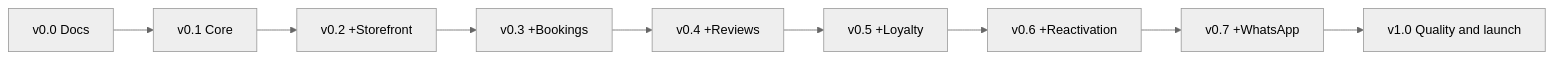
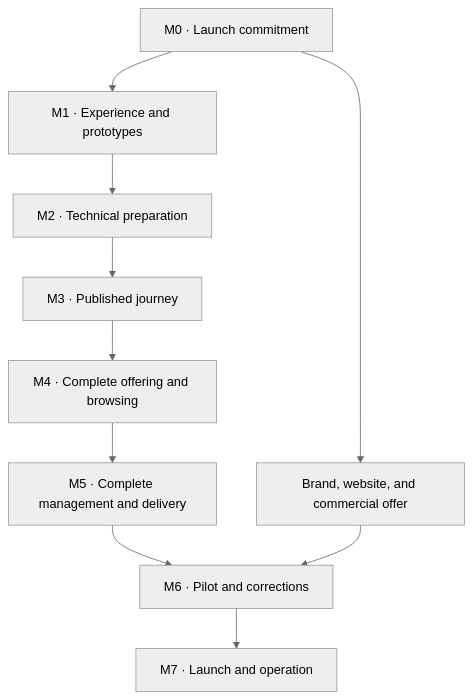
The diagram in docs/project/roadmap.md (yaboula/emergent-valiris-modulo1), drawn with Mermaid (neutral theme) before and after one commit. The commit also changed other lines of this file and 29 other files, not shown here.

First line of the commit message:
docs(product): adopt first-product launch roadmap

````diff
--- a/docs/project/roadmap.md
+++ b/docs/project/roadmap.md
@@ -5,11 +32,12 @@
 ```mermaid
-flowchart LR
-    m0["v0.0 Docs"] --> m1["v0.1 Core"]
-    m1 --> m2["v0.2 +Storefront"]
-    m2 --> m3["v0.3 +Bookings"]
-    m3 --> m4["v0.4 +Reviews"]
-    m4 --> m5["v0.5 +Loyalty"]
-    m5 --> m6["v0.6 +Reactivation"]
-    m6 --> m7["v0.7 +WhatsApp"]
-    m7 --> m8["v1.0 Quality and launch"]
+flowchart TD
+    M0["M0 · Launch commitment"] --> M1["M1 · Experience and prototypes"]
+    M1 --> M2["M2 · Technical preparation"]
+    M2 --> M3["M3 · Published journey"]
+    M3 --> M4["M4 · Complete offering and browsing"]
+    M4 --> M5["M5 · Complete management and delivery"]
+    M5 --> M6["M6 · Pilot and corrections"]
+    M6 --> M7["M7 · Launch and operation"]
+    M0 --> C["Brand, website, and commercial offer"]
+    C --> M6
 ```
````
